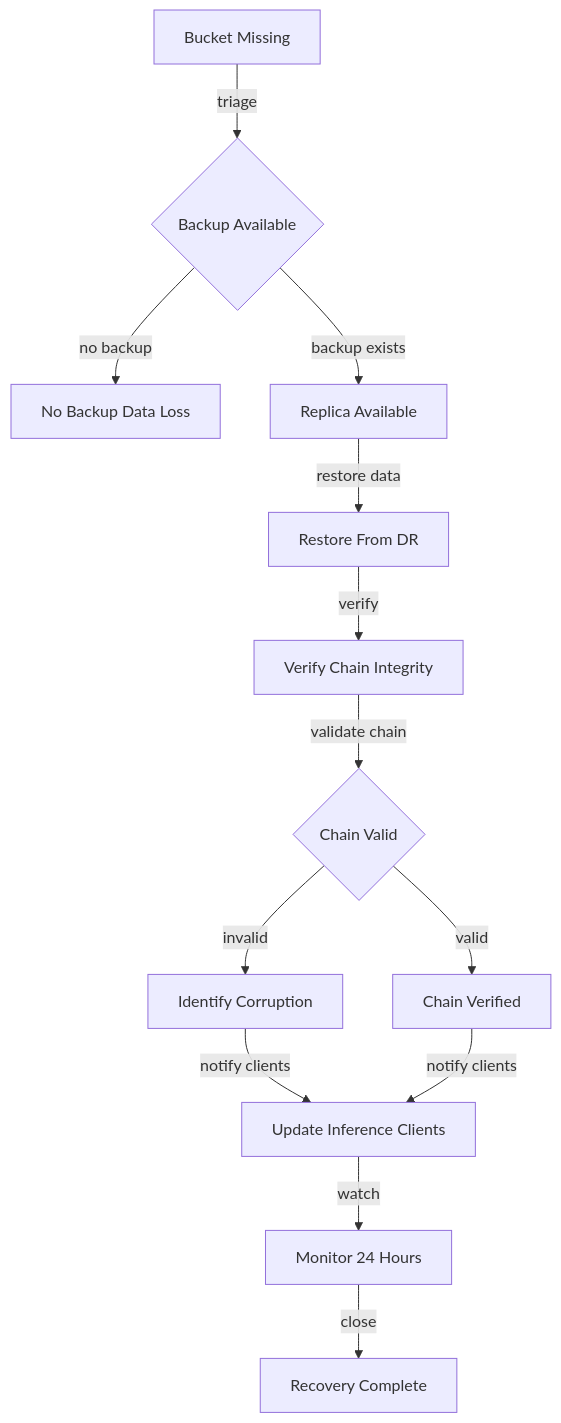
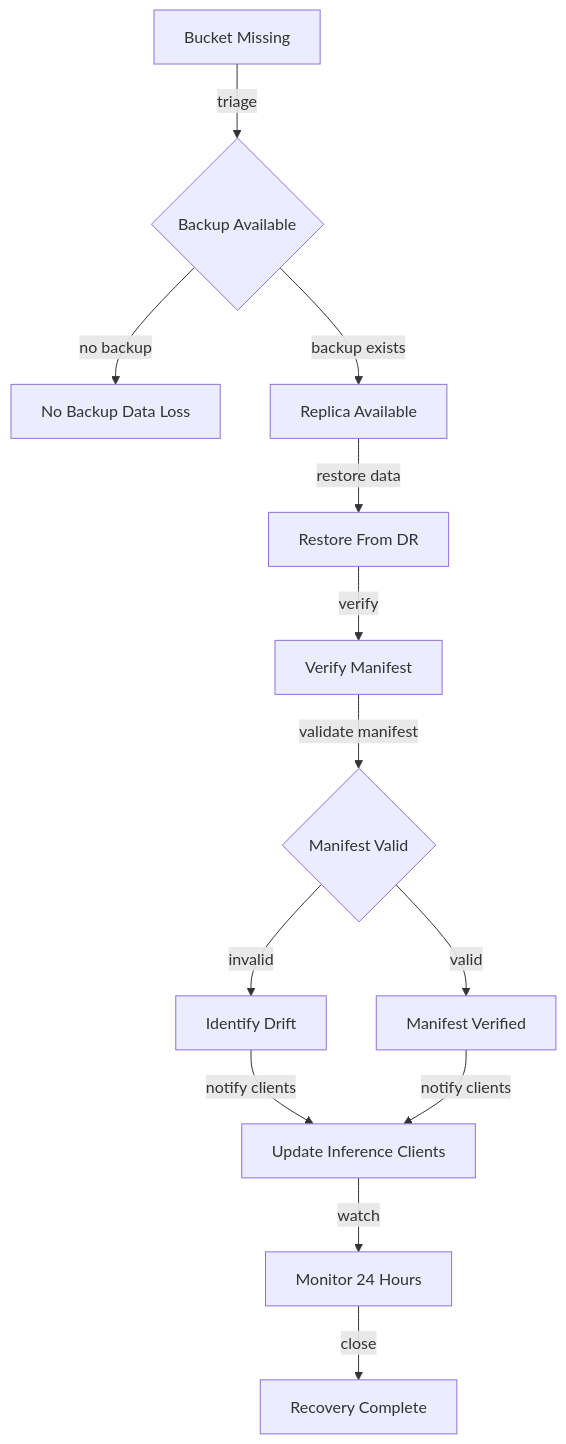
The fourth of 5 diagrams in documents/product/deployment.md (Tuee22/SpectralMC), drawn with Mermaid before and after one commit. The commit also changed other lines of this file and 11 other files, not shown here.

````diff
--- a/documents/product/deployment.md
+++ b/documents/product/deployment.md
@@ -579,29 +532,29 @@
 ```mermaid
 flowchart TB
   Incident[Bucket Missing]
   Assess{Backup Available}
   NoBackup[No Backup Data Loss]
   HasBackup[Replica Available]
 
   Restore[Restore From DR]
-  Verify[Verify Chain Integrity]
-  CheckIntegrity{Chain Valid}
-  Corrupted[Identify Corruption]
-  Valid[Chain Verified]
+  Verify[Verify Manifest]
+  CheckIntegrity{Manifest Valid}
+  Corrupted[Identify Drift]
+  Valid[Manifest Verified]
   UpdateClients[Update Inference Clients]
   Monitor[Monitor 24 Hours]
   Complete[Recovery Complete]
 
   Incident -->|triage| Assess
   Assess -->|no backup| NoBackup
   Assess -->|backup exists| HasBackup
   HasBackup -->|restore data| Restore
   Restore -->|verify| Verify
-  Verify -->|validate chain| CheckIntegrity
+  Verify -->|validate manifest| CheckIntegrity
   CheckIntegrity -->|invalid| Corrupted
   CheckIntegrity -->|valid| Valid
   Corrupted -->|notify clients| UpdateClients
   Valid -->|notify clients| UpdateClients
   UpdateClients -->|watch| Monitor
   Monitor -->|close| Complete
 ```
````
